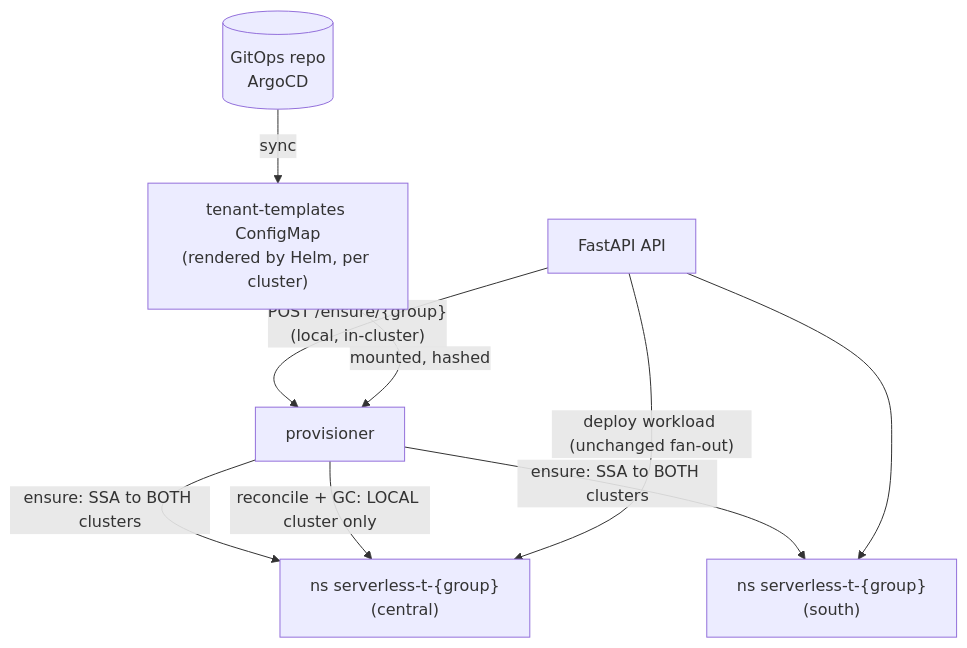
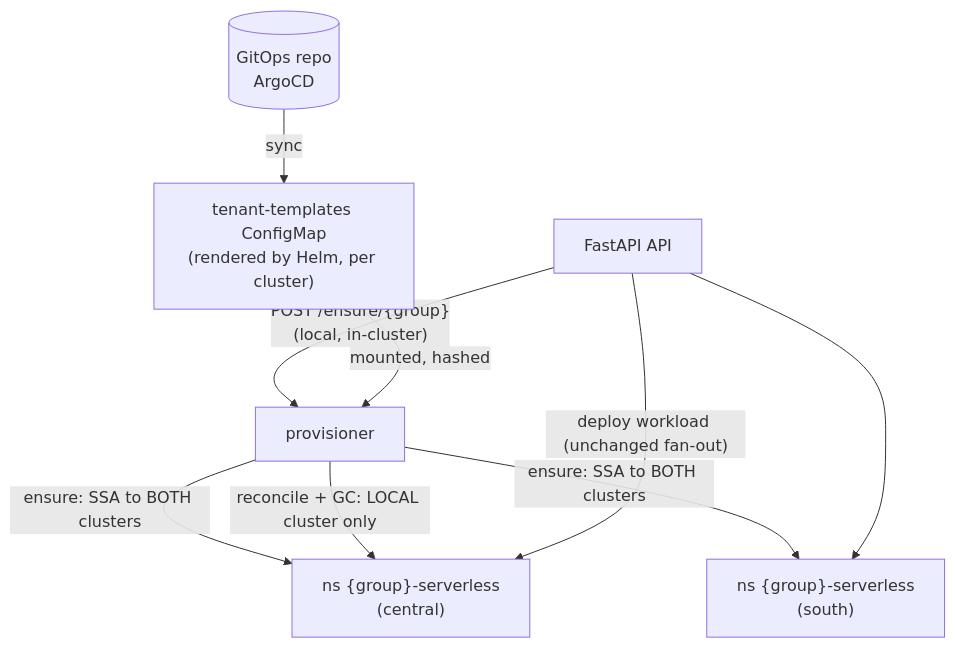
Before and after one commit to black-cloudlet/serverless: the diagram in docs/proposals/namespace-per-group.md, drawn with Mermaid. The commit also changed other lines of this file and 1 other file, not shown here.

First line of the commit message:
Tenant namespaces become {group}-serverless

````diff
--- a/docs/proposals/namespace-per-group.md
+++ b/docs/proposals/namespace-per-group.md
@@ -62,11 +62,11 @@
 ```mermaid
 flowchart TB
     GIT[("GitOps repo<br/>ArgoCD")] -->|sync| CM["tenant-templates ConfigMap<br/>(rendered by Helm, per cluster)"]
     API["FastAPI API"] -->|"POST /ensure/{group}<br/>(local, in-cluster)"| P["provisioner"]
     CM -->|mounted, hashed| P
-    P -->|"ensure: SSA to BOTH clusters"| NSA["ns serverless-t-{group}<br/>(central)"]
-    P -->|"ensure: SSA to BOTH clusters"| NSB["ns serverless-t-{group}<br/>(south)"]
+    P -->|"ensure: SSA to BOTH clusters"| NSA["ns {group}-serverless<br/>(central)"]
+    P -->|"ensure: SSA to BOTH clusters"| NSB["ns {group}-serverless<br/>(south)"]
     P -->|"reconcile + GC: LOCAL cluster only"| NSA
     API -->|"deploy workload (unchanged fan-out)"| NSA
     API --> NSB
 ```
````
